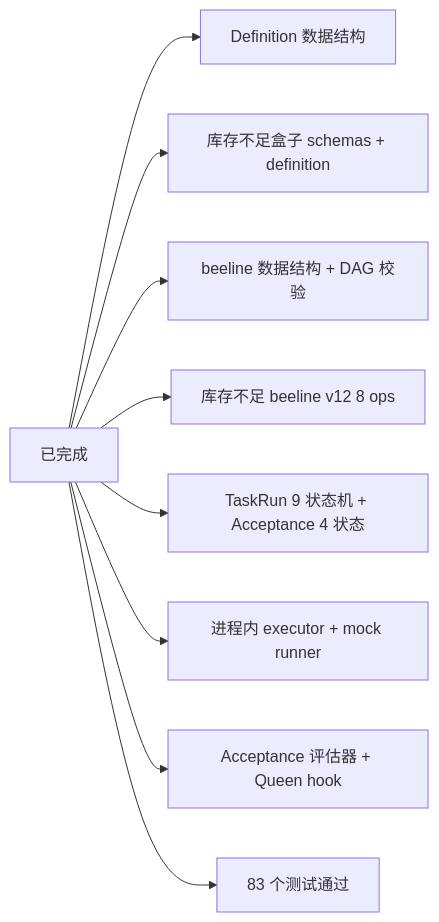
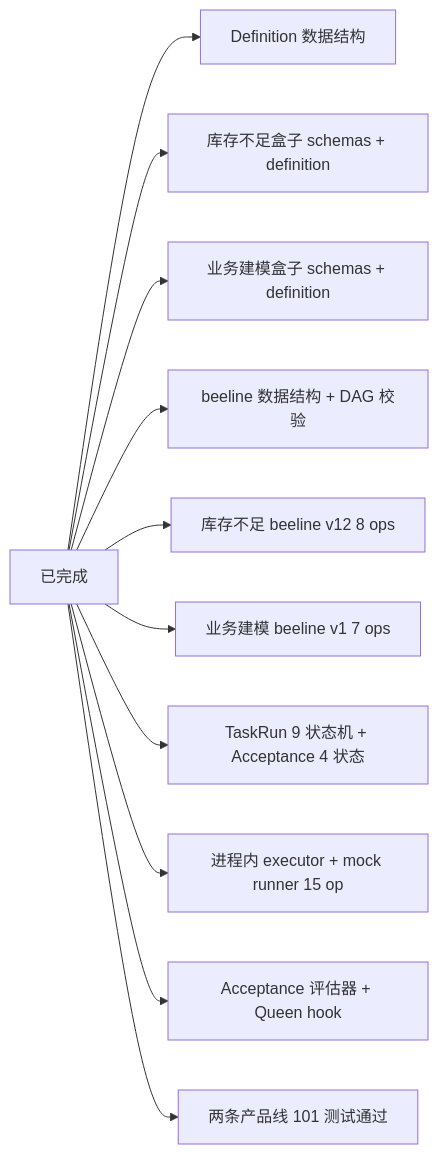
Before and after one commit to chehuizi/beeOS: the second of 2 diagrams in README.md, drawn with Mermaid. The commit also changed other lines of this file and 13 other files, not shown here.

````diff
--- a/README.md
+++ b/README.md
@@ -84,12 +90,14 @@
 ```mermaid
 flowchart LR
     Done[已完成]
     Done --> S1[Definition 数据结构]
     Done --> S2[库存不足盒子 schemas + definition]
-    Done --> S3[beeline 数据结构 + DAG 校验]
-    Done --> S4[库存不足 beeline v12 8 ops]
-    Done --> S5[TaskRun 9 状态机 + Acceptance 4 状态]
-    Done --> S6[进程内 executor + mock runner]
-    Done --> S7[Acceptance 评估器 + Queen hook]
-    Done --> S8[83 个测试通过]
+    Done --> S3[业务建模盒子 schemas + definition]
+    Done --> S4[beeline 数据结构 + DAG 校验]
+    Done --> S5[库存不足 beeline v12 8 ops]
+    Done --> S6[业务建模 beeline v1 7 ops]
+    Done --> S7[TaskRun 9 状态机 + Acceptance 4 状态]
+    Done --> S8[进程内 executor + mock runner 15 op]
+    Done --> S9[Acceptance 评估器 + Queen hook]
+    Done --> S10[两条产品线 101 测试通过]
 ```
````
